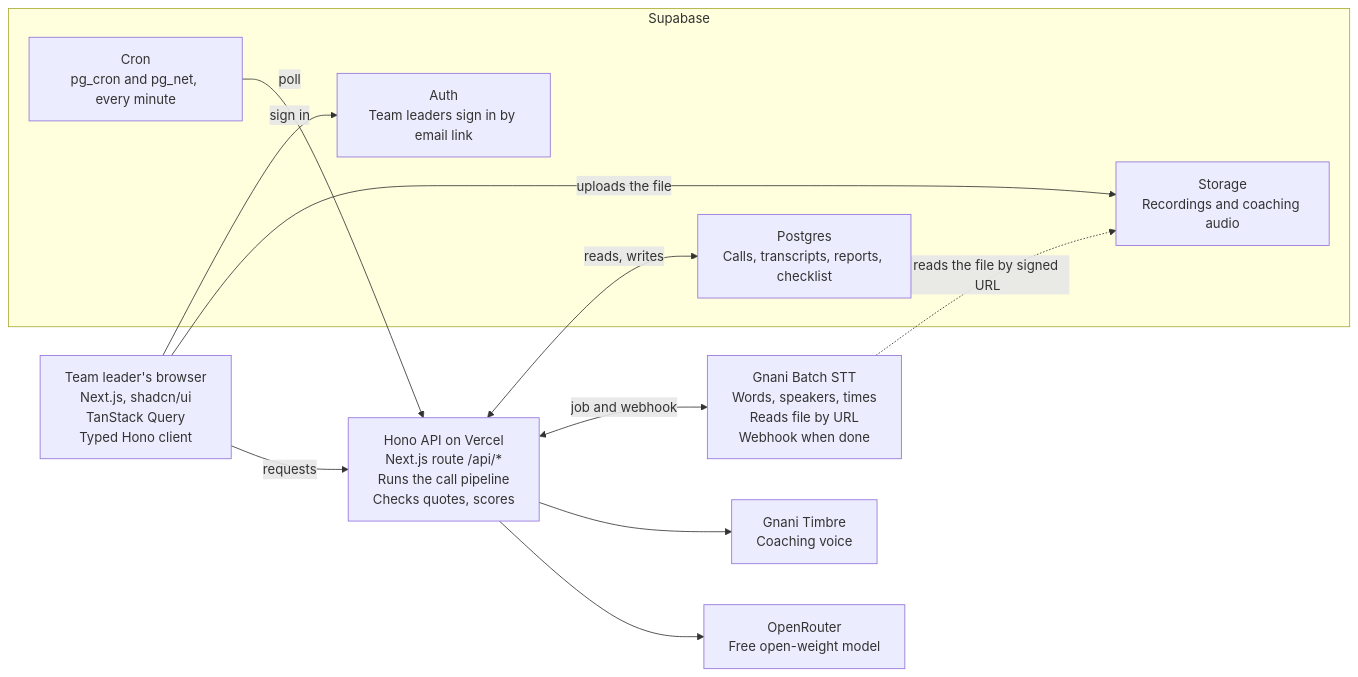
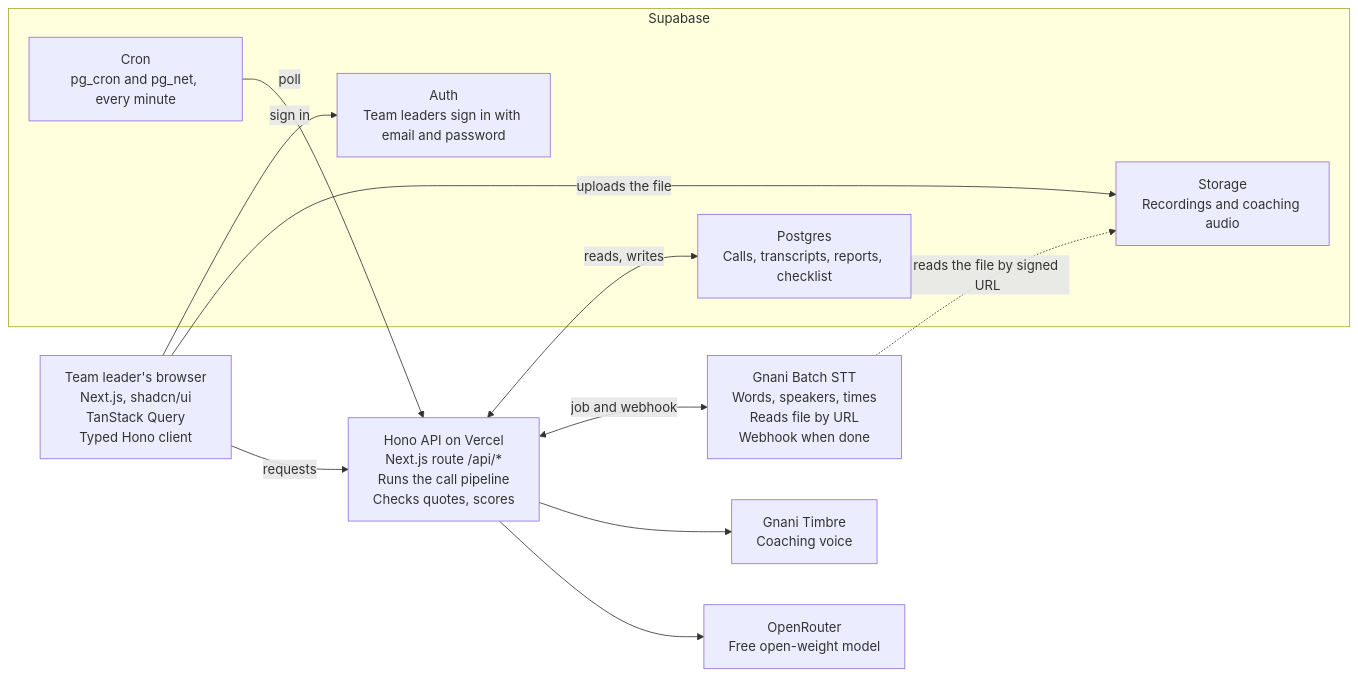
One commit to neha-tanti/sunoai changed the diagram in docs/TRD.md. Above: the diagram before and after it, drawn with Mermaid. The commit also changed other lines of this file and 40 other files, not shown here.

````diff
--- a/docs/TRD.md
+++ b/docs/TRD.md
@@ -49,23 +49,23 @@
 ```mermaid
 flowchart LR
   browser["Team leader's browser<br/>Next.js, shadcn/ui<br/>TanStack Query<br/>Typed Hono client"]
   hono["Hono API on Vercel<br/>Next.js route /api/*<br/>Runs the call pipeline<br/>Checks quotes, scores"]
   batch["Gnani Batch STT<br/>Words, speakers, times<br/>Reads file by URL<br/>Webhook when done"]
   timbre["Gnani Timbre<br/>Coaching voice"]
   openrouter["OpenRouter<br/>Free open-weight model"]
   subgraph supabase["Supabase"]
-    auth["Auth<br/>Team leaders sign in by email link"]
+    auth["Auth<br/>Team leaders sign in with email and password"]
     storage["Storage<br/>Recordings and coaching audio"]
     postgres["Postgres<br/>Calls, transcripts, reports, checklist"]
     cron["Cron<br/>pg_cron and pg_net, every minute"]
   end
   browser -->|requests| hono
   browser -->|sign in| auth
   browser -->|uploads the file| storage
   hono <-->|job and webhook| batch
   hono --> timbre
   hono --> openrouter
   hono <-->|reads, writes| postgres
   cron -->|poll| hono
   batch -.->|reads the file by signed URL| storage
 ```
````
